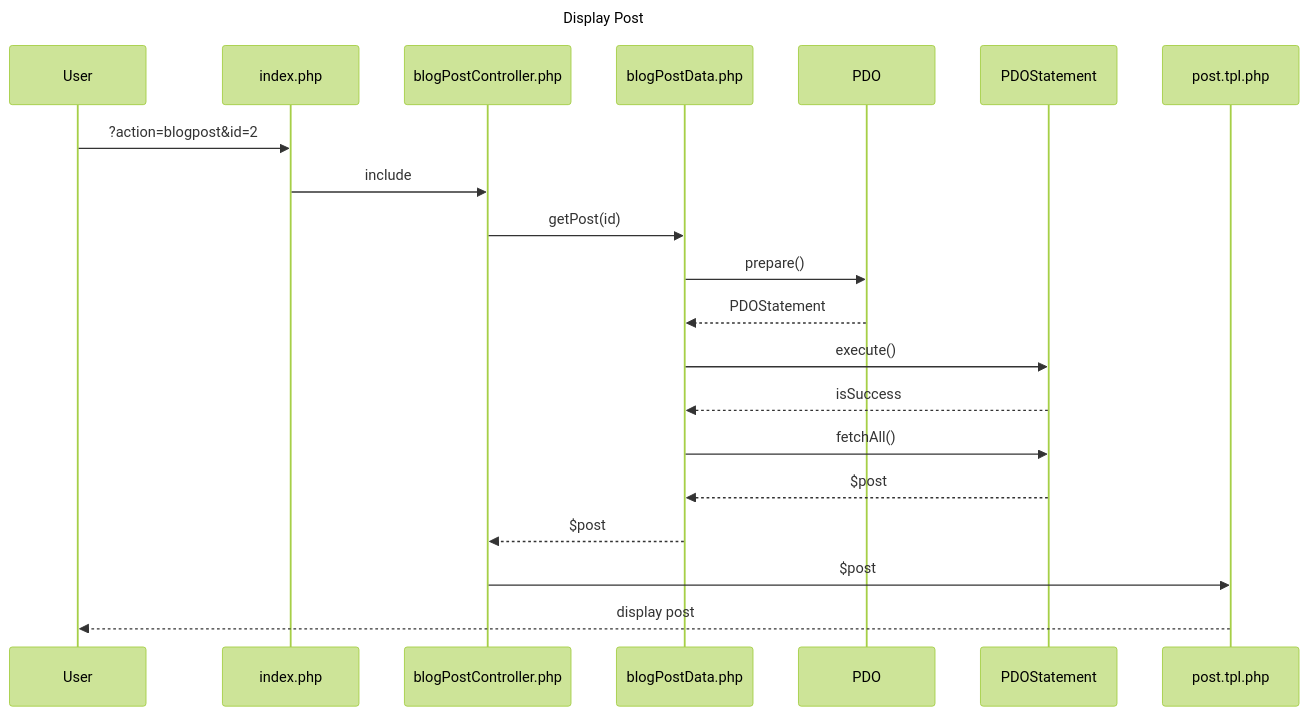
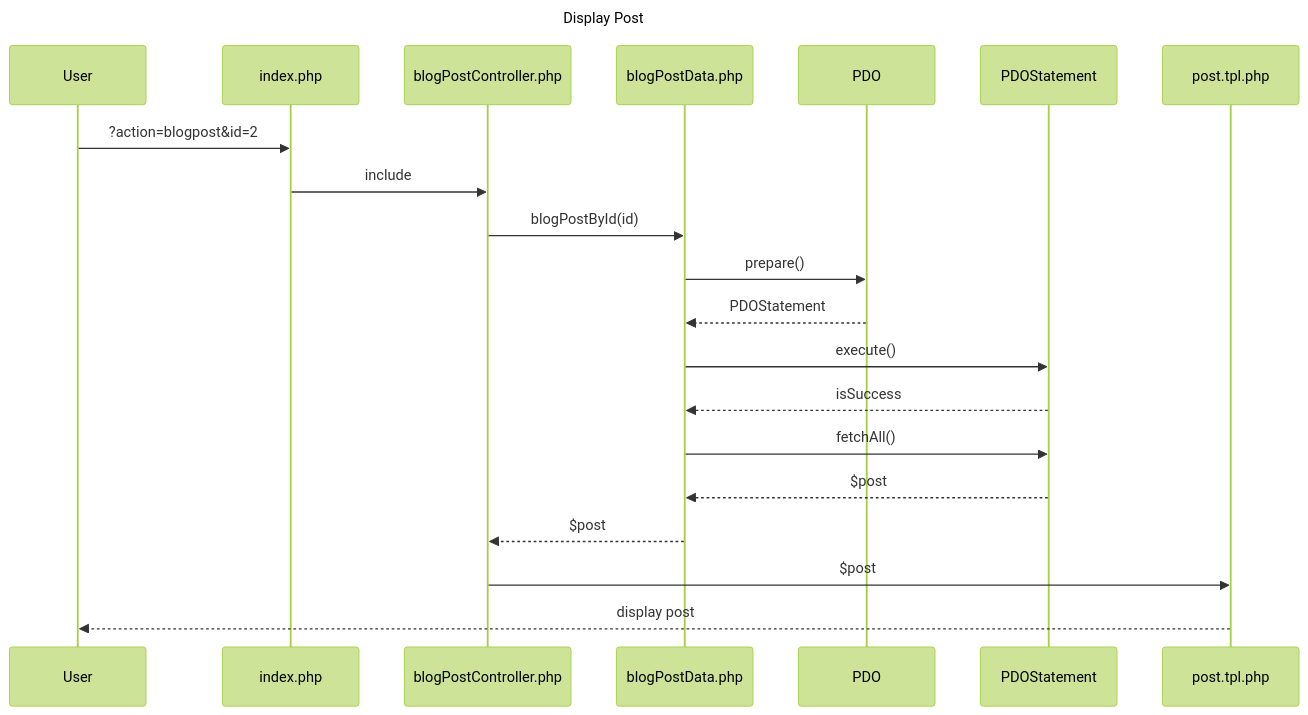
Before and after one commit to Vodianoi/blog: the third of 4 diagrams in doc/diagramme.md, drawn with Mermaid (forest theme).

Commit message:
update diagrams

````diff
--- a/doc/diagramme.md
+++ b/doc/diagramme.md
@@ -30,18 +30,18 @@
 ```mermaid
 sequenceDiagram 
 ;
     title Display Post
     
     User ->> index.php: ?action=blogpost&id=2
     index.php ->> blogPostController.php: include
-    blogPostController.php ->> blogPostData.php: getPost(id)
+    blogPostController.php ->> blogPostData.php: blogPostById(id)
     blogPostData.php ->> PDO: prepare()
     PDO -->> blogPostData.php: PDOStatement
     blogPostData.php ->> PDOStatement: execute()
     PDOStatement -->> blogPostData.php: isSuccess
     blogPostData.php ->> PDOStatement: fetchAll()
     PDOStatement -->> blogPostData.php : $post
     blogPostData.php -->>blogPostController.php: $post
     blogPostController.php ->> post.tpl.php: $post
     post.tpl.php -->> User: display post
 ```
````
